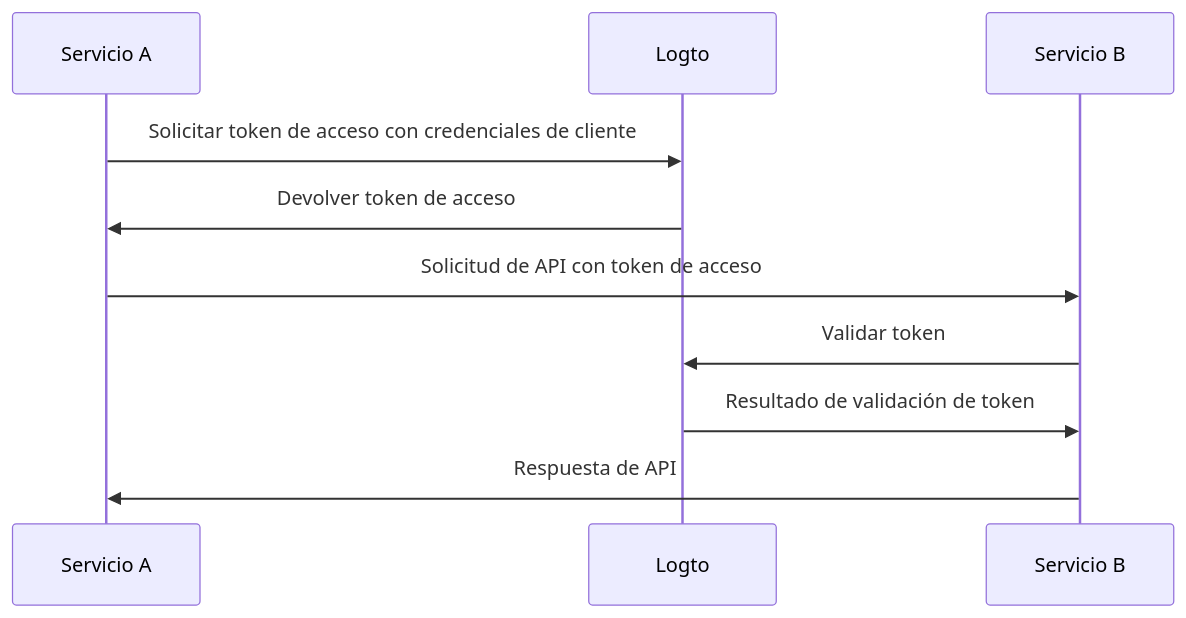
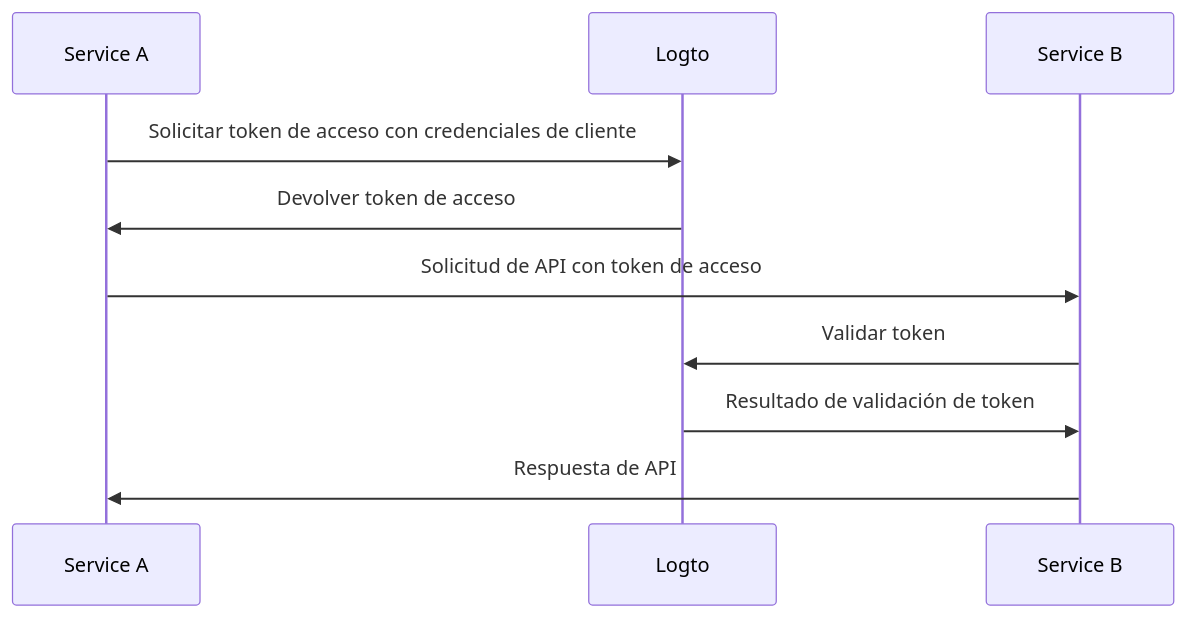
Before and after one commit to logto-io/docs: the second of 2 diagrams in i18n/es/docusaurus-plugin-content-docs/current/integrate-logto/integrate-logto-into-your-application/understand-authentication-flow.mdx, drawn with Mermaid. The commit also changed other lines of this file and 174 other files, not shown here.

````diff
--- a/i18n/es/docusaurus-plugin-content-docs/current/integrate-logto/integrate-logto-into-your-application/understand-authentication-flow.mdx
+++ b/i18n/es/docusaurus-plugin-content-docs/current/integrate-logto/integrate-logto-into-your-application/understand-authentication-flow.mdx
@@ -37,13 +42,13 @@
 ```mermaid
 sequenceDiagram
-    participant Servicio A
+    participant Service A
     participant Logto
-    participant Servicio B
+    participant Service B
 
-    Servicio A->>Logto: Solicitar token de acceso con credenciales de cliente
-    Logto->>Servicio A: Devolver token de acceso
-    Servicio A->>Servicio B: Solicitud de API con token de acceso
-    Servicio B->>Logto: Validar token
-    Logto->>Servicio B: Resultado de validación de token
-    Servicio B->>Servicio A: Respuesta de API
+    Service A->>Logto: Solicitar token de acceso con credenciales de cliente
+    Logto->>Service A: Devolver token de acceso
+    Service A->>Service B: Solicitud de API con token de acceso
+    Service B->>Logto: Validar token
+    Logto->>Service B: Resultado de validación de token
+    Service B->>Service A: Respuesta de API
 ```
````
